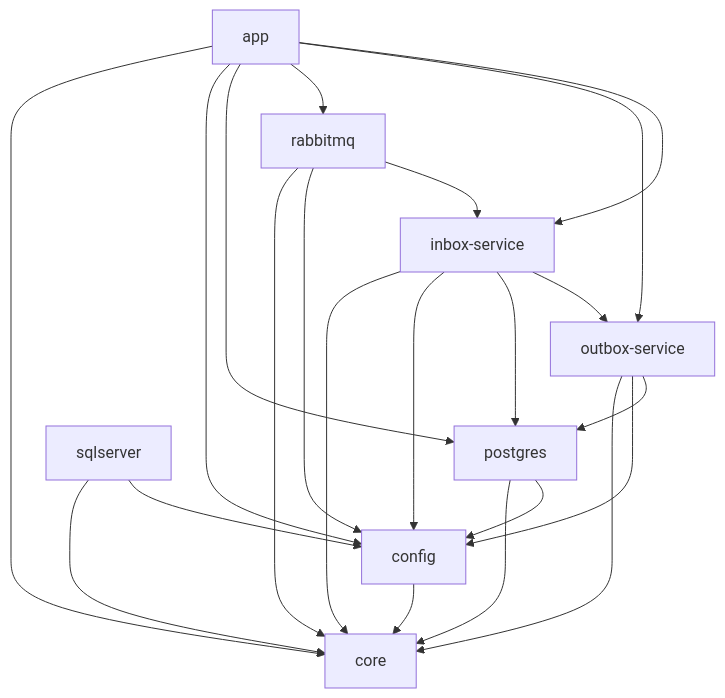
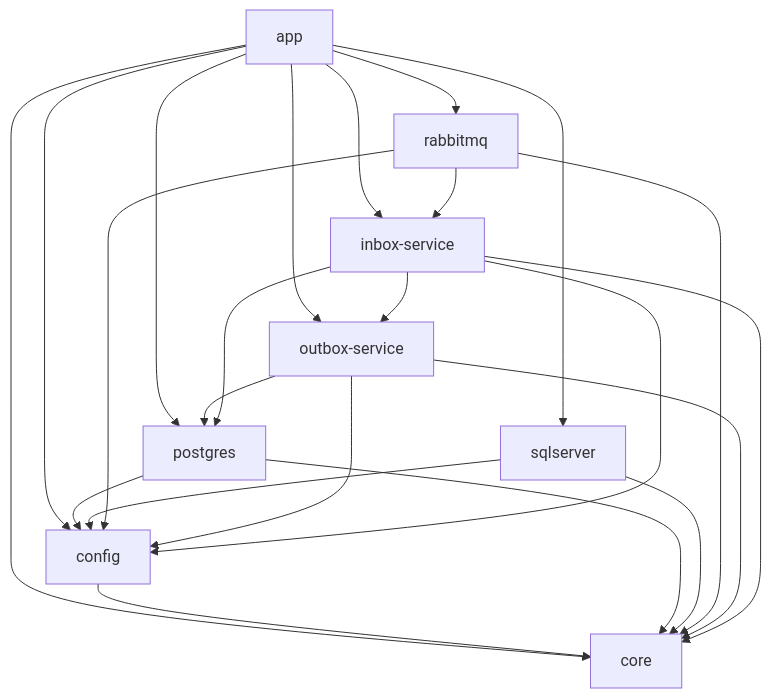
One commit to alternayte/queuebox changed the first of 4 diagrams in docs/architecture.md. Above: the diagram before and after it, drawn with Mermaid. The commit also changed other lines of this file and 13 other files, not shown here.

````diff
--- a/docs/architecture.md
+++ b/docs/architecture.md
@@ -11,24 +11,25 @@
 ```mermaid
 graph TD
     app --> core
     app --> config
     app --> postgres
+    app --> sqlserver
     app --> rabbitmq
     app --> outbox-service
     app --> inbox-service
     config --> core
     postgres --> core
     postgres --> config
     sqlserver --> core
     sqlserver --> config
     rabbitmq --> core
     rabbitmq --> config
     rabbitmq --> inbox-service
     outbox-service --> core
     outbox-service --> config
     outbox-service --> postgres
     inbox-service --> core
     inbox-service --> config
     inbox-service --> postgres
     inbox-service --> outbox-service
 ```
````
